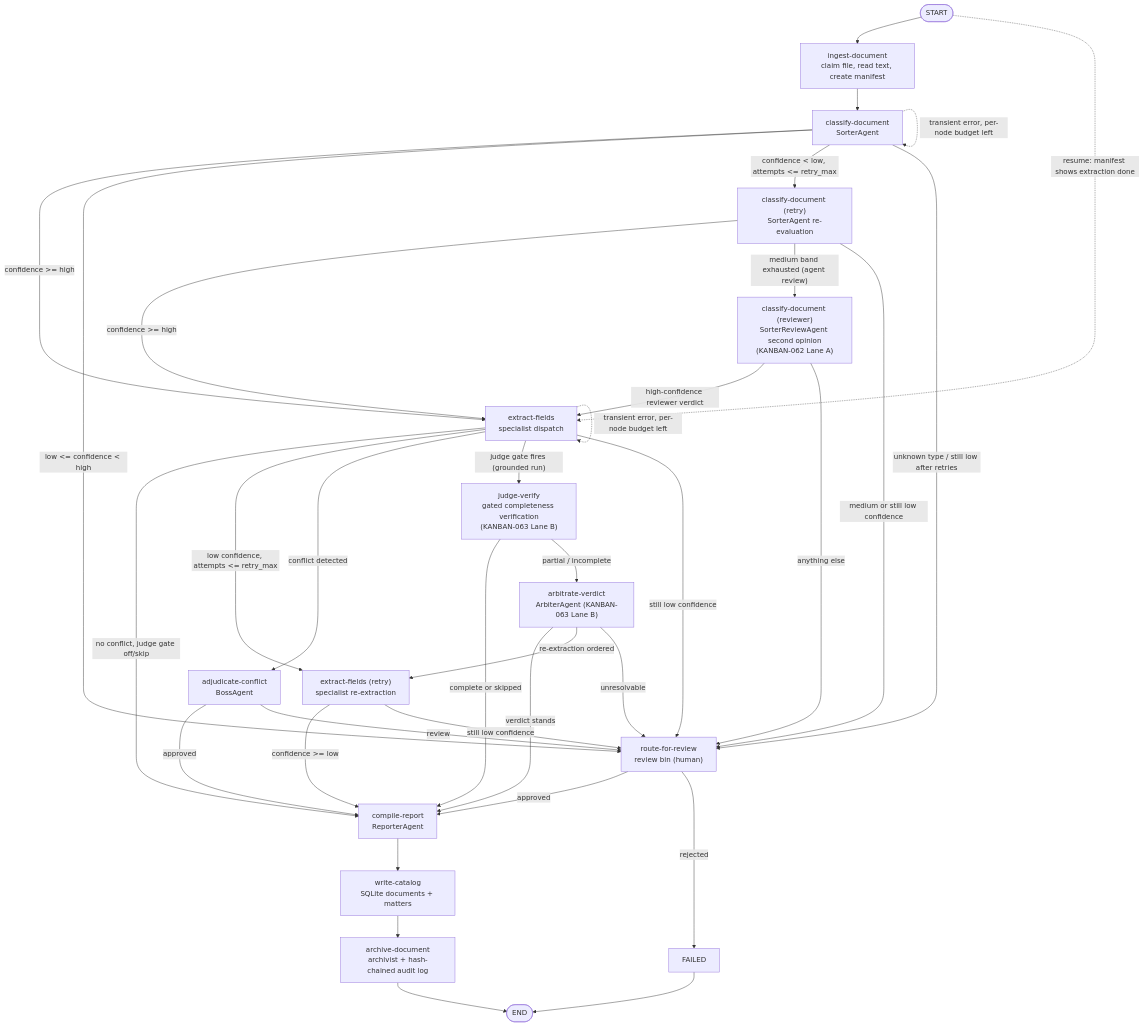
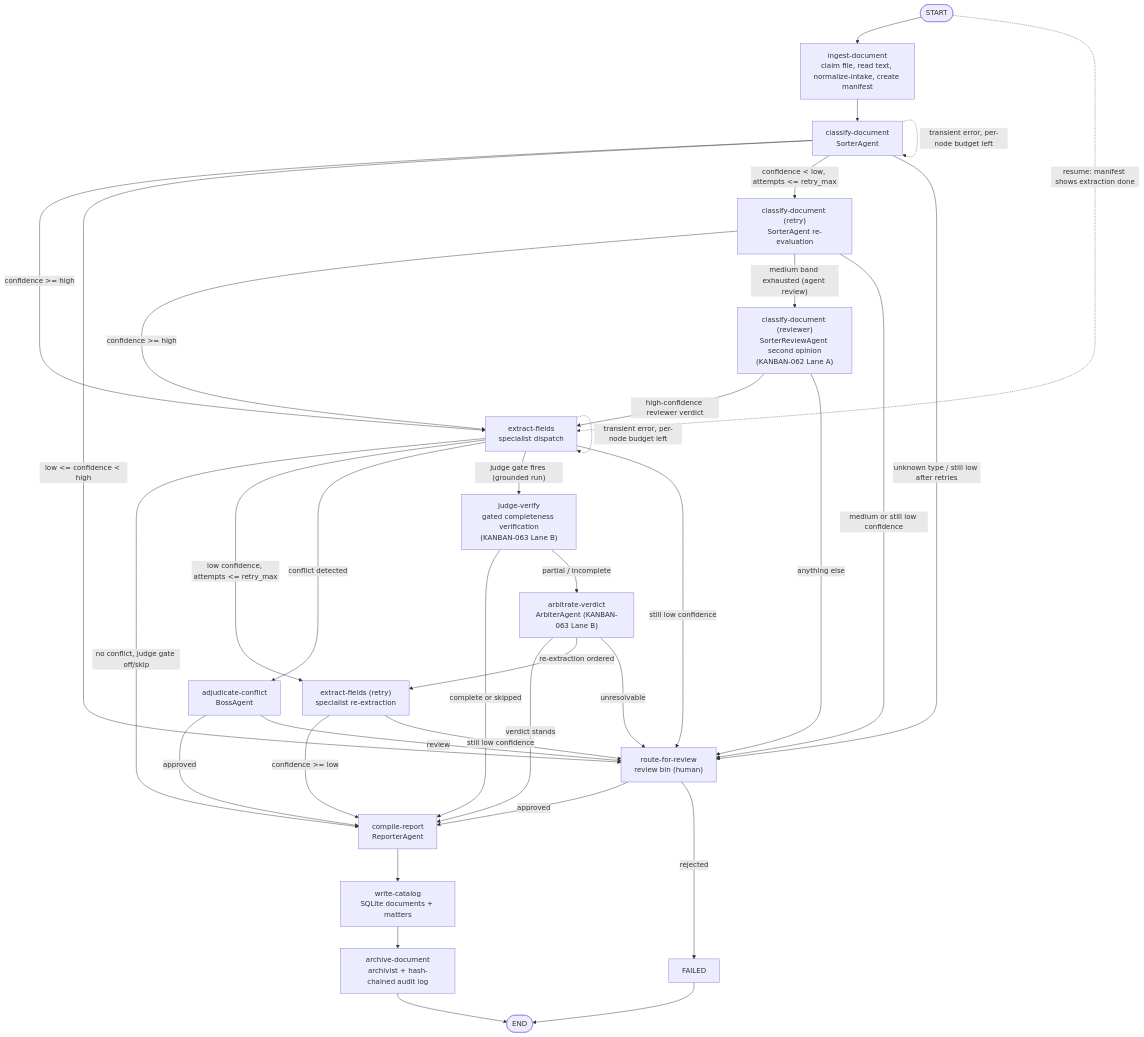
The first of 2 diagrams in docs/architecture.md (Exios66/llm-mailroom), drawn with Mermaid before and after one commit. The commit also changed other lines of this file and 21 other files, not shown here.

````diff
--- a/docs/architecture.md
+++ b/docs/architecture.md
@@ -11,55 +11,55 @@
 ```mermaid
 flowchart TD
     START([START]) --> INGEST
     START -. "resume: manifest shows extraction done" .-> EXTRACT
 
-    INGEST["ingest-document<br/>claim file, read text, create manifest"]
+    INGEST["ingest-document<br/>claim file, read text, normalize-intake, create manifest"]
     CLASSIFY["classify-document<br/>SorterAgent"]
     RETRY_CLASS["classify-document (retry)<br/>SorterAgent re-evaluation"]
     REVIEW_CLASS["classify-document (reviewer)<br/>SorterReviewAgent second opinion<br/>(KANBAN-062 Lane A)"]
     EXTRACT["extract-fields<br/>specialist dispatch"]
     RETRY_EXTRACT["extract-fields (retry)<br/>specialist re-extraction"]
     JUDGE["judge-verify<br/>gated completeness verification<br/>(KANBAN-063 Lane B)"]
     ARBITER["arbitrate-verdict<br/>ArbiterAgent (KANBAN-063 Lane B)"]
     BOSS["adjudicate-conflict<br/>BossAgent"]
     REVIEW["route-for-review<br/>review bin (human)"]
     REPORT["compile-report<br/>ReporterAgent"]
     CATALOG["write-catalog<br/>SQLite documents + matters"]
     ARCHIVE["archive-document<br/>archivist + hash-chained audit log"]
     FAILED["FAILED"]
     ENDX([END])
 
     INGEST --> CLASSIFY
 
     CLASSIFY -- "confidence >= high" --> EXTRACT
     CLASSIFY -- "low <= confidence < high" --> REVIEW
     CLASSIFY -- "confidence < low, attempts <= retry_max" --> RETRY_CLASS
     CLASSIFY -- "unknown type / still low after retries" --> REVIEW
     CLASSIFY -. "transient error, per-node budget left" .-> CLASSIFY
     RETRY_CLASS -- "confidence >= high" --> EXTRACT
     RETRY_CLASS -- "medium band exhausted (agent review)" --> REVIEW_CLASS
     RETRY_CLASS -- "medium or still low confidence" --> REVIEW
     REVIEW_CLASS -- "high-confidence reviewer verdict" --> EXTRACT
     REVIEW_CLASS -- "anything else" --> REVIEW
 
     EXTRACT -- "no conflict, judge gate off/skip" --> REPORT
     EXTRACT -- "low confidence, attempts <= retry_max" --> RETRY_EXTRACT
     EXTRACT -- "conflict detected" --> BOSS
     EXTRACT -- "judge gate fires (grounded run)" --> JUDGE
     EXTRACT -- "still low confidence" --> REVIEW
     EXTRACT -. "transient error, per-node budget left" .-> EXTRACT
     RETRY_EXTRACT -- "confidence >= low" --> REPORT
     RETRY_EXTRACT -- "still low confidence" --> REVIEW
 
     JUDGE -- "complete or skipped" --> REPORT
     JUDGE -- "partial / incomplete" --> ARBITER
     ARBITER -- "verdict stands" --> REPORT
     ARBITER -- "re-extraction ordered" --> RETRY_EXTRACT
     ARBITER -- "unresolvable" --> REVIEW
     BOSS -- "approved" --> REPORT
     BOSS -- "review" --> REVIEW
     REVIEW -- "approved" --> REPORT
     REVIEW -- "rejected" --> FAILED --> ENDX
 
     REPORT --> CATALOG --> ARCHIVE --> ENDX
 ```
````
